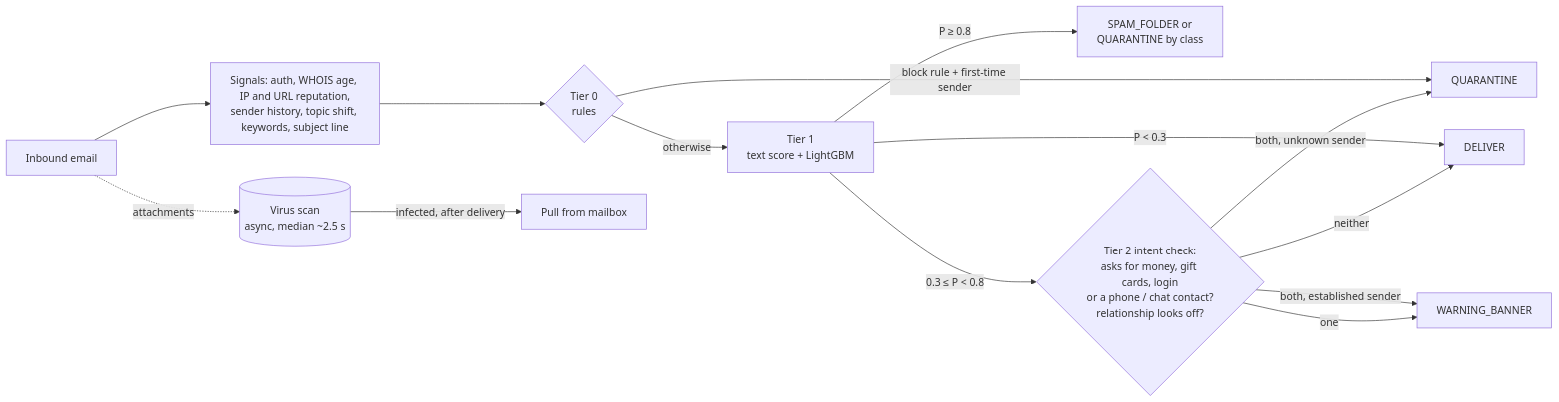
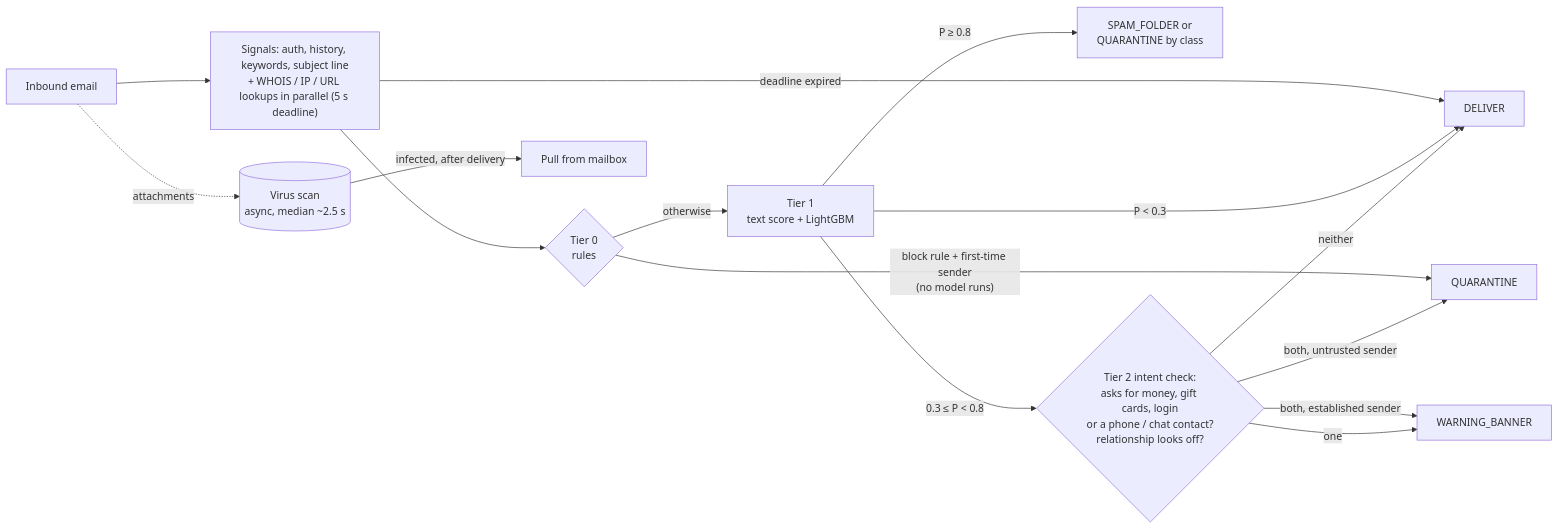
The diagram in README.md (Prateek0017/Spam-filter), drawn with Mermaid before and after one commit. The commit also changed other lines of this file and 23 other files, not shown here.

````diff
--- a/README.md
+++ b/README.md
@@ -82,16 +88,17 @@
 ```mermaid
 flowchart LR
-    A[Inbound email] --> S["Signals: auth, WHOIS age, IP and URL reputation,<br/>sender history, topic shift, keywords, subject line"]
+    A[Inbound email] --> S["Signals: auth, history, keywords, subject line<br/>+ WHOIS / IP / URL lookups in parallel (5 s deadline)"]
     A -. attachments .-> V[(Virus scan<br/>async, median ~2.5 s)]
+    S -- "deadline expired" --> D[DELIVER]
     S --> R{Tier 0<br/>rules}
-    R -- "block rule + first-time sender" --> Q[QUARANTINE]
+    R -- "block rule + first-time sender<br/>(no model runs)" --> Q[QUARANTINE]
     R -- otherwise --> M[Tier 1<br/>text score + LightGBM]
-    M -- "P < 0.3" --> D[DELIVER]
+    M -- "P < 0.3" --> D
     M -- "P ≥ 0.8" --> X[SPAM_FOLDER or<br/>QUARANTINE by class]
     M -- "0.3 ≤ P < 0.8" --> I{"Tier 2 intent check:<br/>asks for money, gift cards, login<br/>or a phone / chat contact?<br/>relationship looks off?"}
-    I -- "both, unknown sender" --> Q
+    I -- "both, untrusted sender" --> Q
     I -- "both, established sender" --> B
     I -- one --> B[WARNING_BANNER]
     I -- neither --> D
     V -- "infected, after delivery" --> P[Pull from mailbox]
 ```
````
